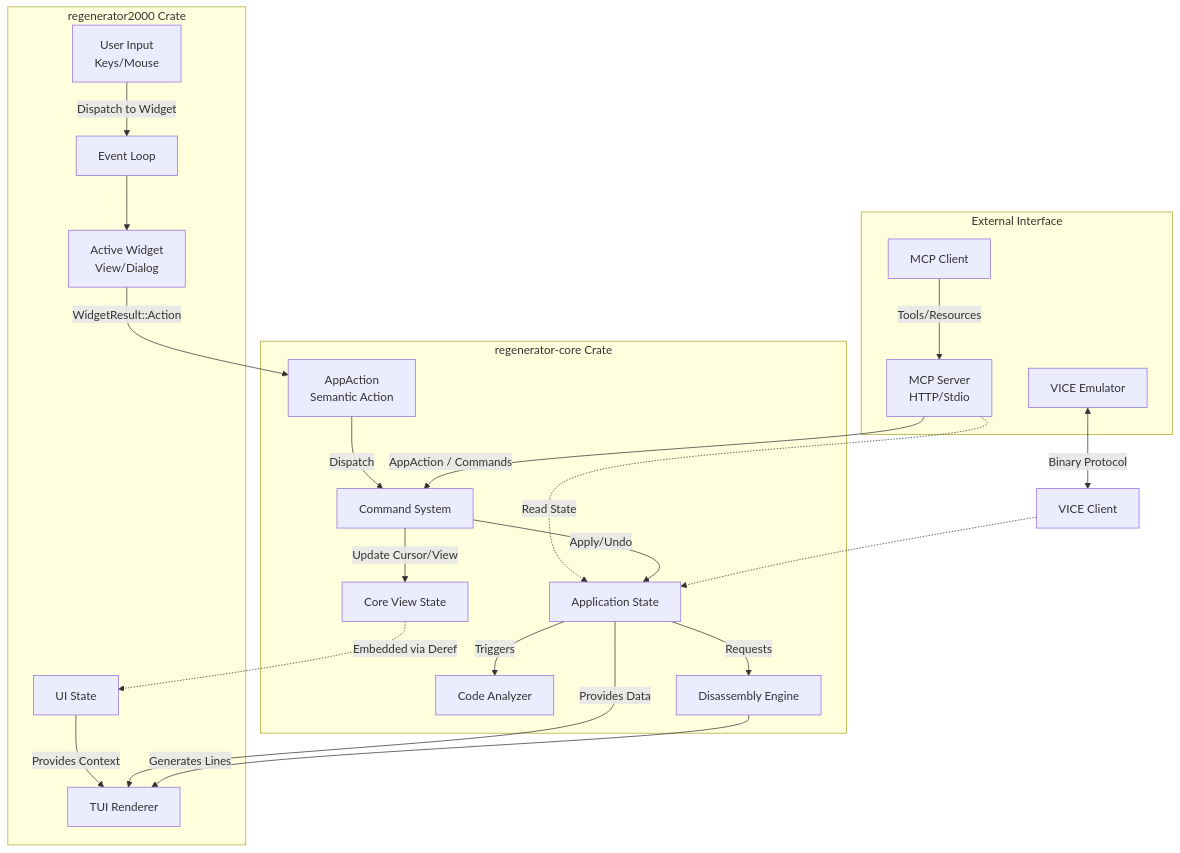
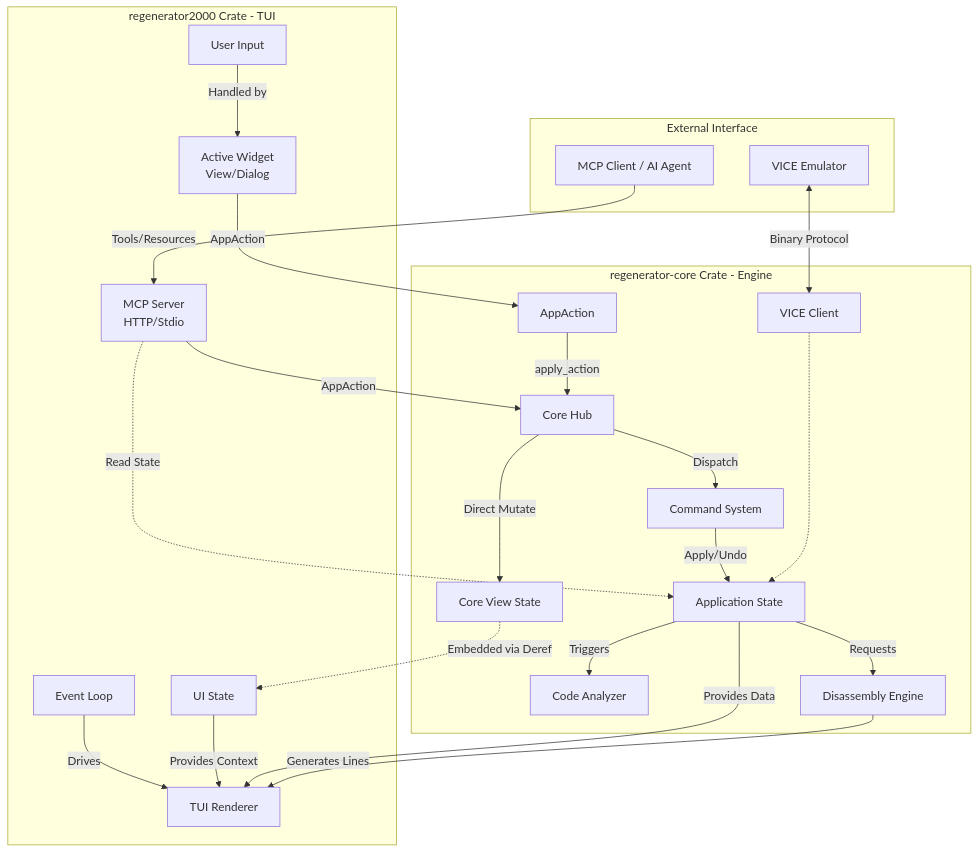
The diagram in docs/architecture.md (ricardoquesada/regenerator2000), drawn with Mermaid before and after one commit. The commit also changed other lines of this file, not shown here.

Commit message:
update architecture

````diff
--- a/docs/architecture.md
+++ b/docs/architecture.md
@@ -7,48 +7,52 @@
 ```mermaid
 flowchart TD
-    subgraph r2k [regenerator2000 Crate]
-        Input[User Input<br/>Keys/Mouse]
+    subgraph r2k [regenerator2000 Crate - TUI]
+        Input[User Input]
         EventLoop[Event Loop]
         Widget[Active Widget<br/>View/Dialog]
         Renderer[TUI Renderer]
         UIState[UI State]
+        MCPServer[MCP Server<br/>HTTP/Stdio]
     end
 
-    subgraph core [regenerator-core Crate]
-        Action[AppAction<br/>Semantic Action]
+    subgraph core_crate [regenerator-core Crate - Engine]
+        Core[Core Hub]
+        Action[AppAction]
         CommandSys[Command System]
         AppState[Application State]
         CoreViewState[Core View State]
         Analyzer[Code Analyzer]
         DisasmEngine[Disassembly Engine]
+        ViceClient[VICE Client]
     end
 
-    subgraph Interface [External Interface]
-        MCPClient[MCP Client]
-        MCPServer[MCP Server<br/>HTTP/Stdio]
+    subgraph External [External Interface]
+        MCPClient[MCP Client / AI Agent]
         VICE[VICE Emulator]
     end
 
-    Input -->|Dispatch to Widget| EventLoop
-    EventLoop --> Widget
-    Widget -->|WidgetResult::Action| Action
-    Action -->|Dispatch| CommandSys
+    Input -->|Handled by| Widget
+    EventLoop -->|Drives| Renderer
+    Widget -->|AppAction| Action
+    Action -->|apply_action| Core
 
     MCPClient -->|Tools/Resources| MCPServer
-    MCPServer -->|AppAction / Commands| CommandSys
+    MCPServer -->|AppAction| Core
     MCPServer -.->|Read State| AppState
 
+    Core -->|Dispatch| CommandSys
+    Core -->|Direct Mutate| CoreViewState
+
     CommandSys -->|Apply/Undo| AppState
-    CommandSys -->|Update Cursor/View| CoreViewState
 
     AppState -->|Requests| DisasmEngine
     AppState -->|Triggers| Analyzer
 
     CoreViewState -.->|Embedded via Deref| UIState
     UIState -->|Provides Context| Renderer
     AppState -->|Provides Data| Renderer
     DisasmEngine -->|Generates Lines| Renderer
 
-    VICE <-->|Binary Protocol| ViceClient[VICE Client]
+    VICE <-->|Binary Protocol| ViceClient
     ViceClient -.-> AppState
 ```
````
